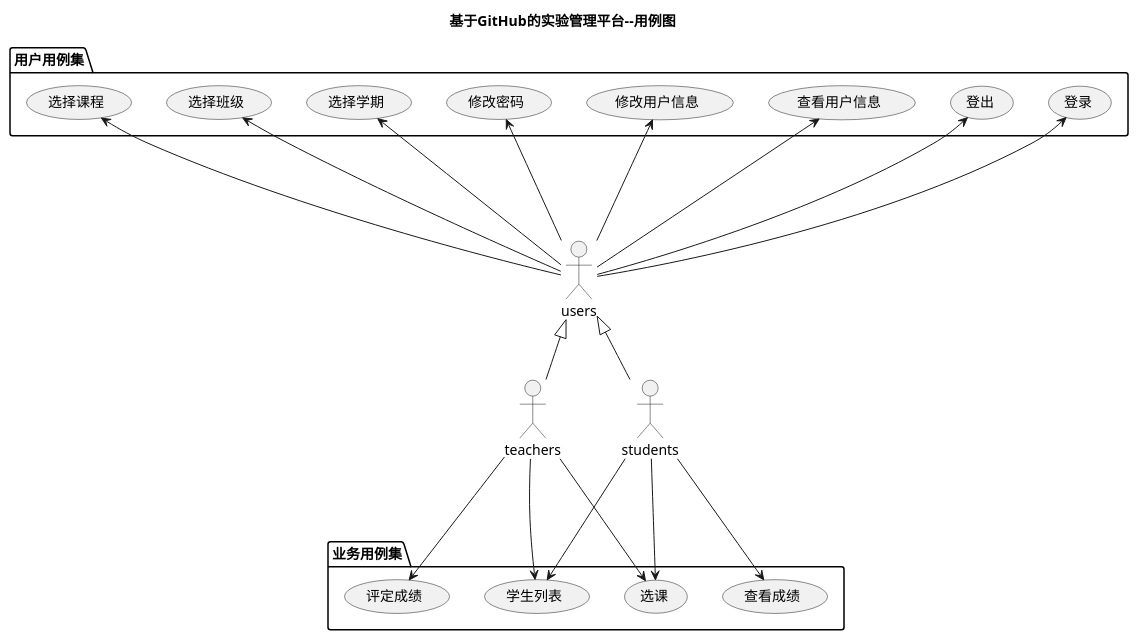
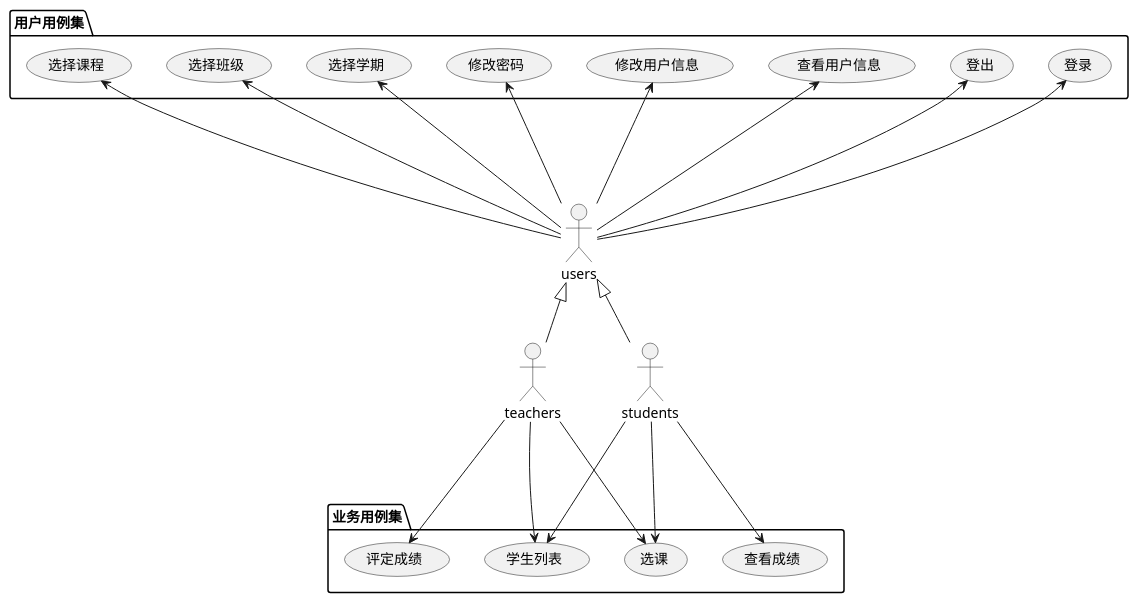
Before and after one commit to Neddy1995/is_analysis: the diagram in test6/src/UseCase.puml, drawn with PlantUML. The commit also changed 30 other files, not shown here.

```diff
--- a/test6/src/UseCase.puml
+++ b/test6/src/UseCase.puml
@@ -1,27 +1,26 @@
 @startuml
-title 基于GitHub的实验管理平台--用例图
 actor teachers
 actor students
 actor users
 users <|-- teachers
 users <|-- students
 
 package 用户用例集 {
 users --up-> (登录)
 users --up-> (登出)
 users --up-> (查看用户信息)
 users --up-> (修改用户信息)
 users --up-> (修改密码)
 users --up-> (选择学期)
 users --up-> (选择班级)
 users --up-> (选择课程)
 }
 package 业务用例集 {
 teachers ---> (评定成绩)
 teachers ---> (学生列表)
 teachers ---> (选课)
 students ---> (选课)
 students ---> (学生列表)
 students ---> (查看成绩)
 }
 @enduml
```
